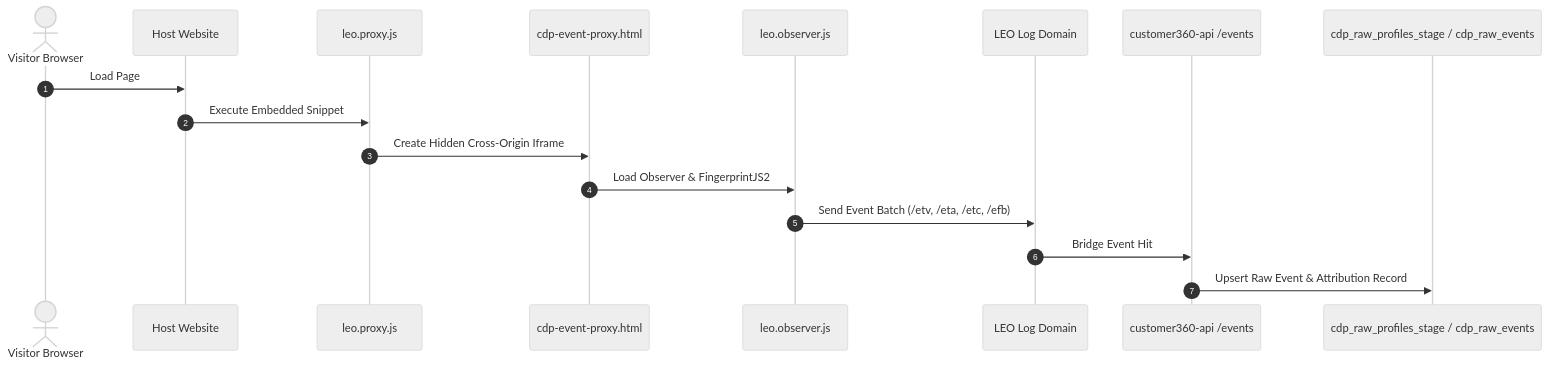
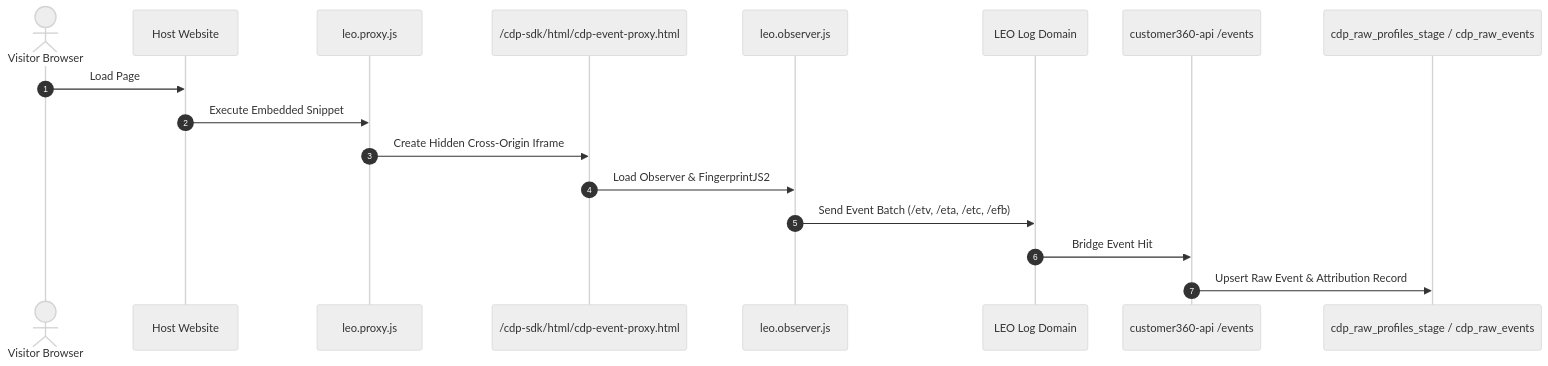
The diagram in docs/data-sources/1-web-sdk-tracking.md (LEO-CDP/leo-customer360), drawn with Mermaid (neutral theme) before and after one commit. The commit also changed 8 other files, not shown here.

Commit message:
refactoring, fix bugs for handle web sdk proxy

````diff
--- a/docs/data-sources/1-web-sdk-tracking.md
+++ b/docs/data-sources/1-web-sdk-tracking.md
@@ -7,20 +7,20 @@
 ```mermaid
 sequenceDiagram
     autonumber
     actor User as Visitor Browser
     participant Host as Host Website
     participant Proxy as leo.proxy.js
-    participant Iframe as cdp-event-proxy.html
+    participant Iframe as /cdp-sdk/html/cdp-event-proxy.html
     participant Observer as leo.observer.js
     participant Log as LEO Log Domain
     participant API as customer360-api /events
     participant Staging as cdp_raw_profiles_stage / cdp_raw_events
 
     User->>Host: Load Page
     Host->>Proxy: Execute Embedded Snippet
     Proxy->>Iframe: Create Hidden Cross-Origin Iframe
     Iframe->>Observer: Load Observer & FingerprintJS2
     Observer->>Log: Send Event Batch (/etv, /eta, /etc, /efb)
     Log->>API: Bridge Event Hit
     API->>Staging: Upsert Raw Event & Attribution Record
 ```
````
